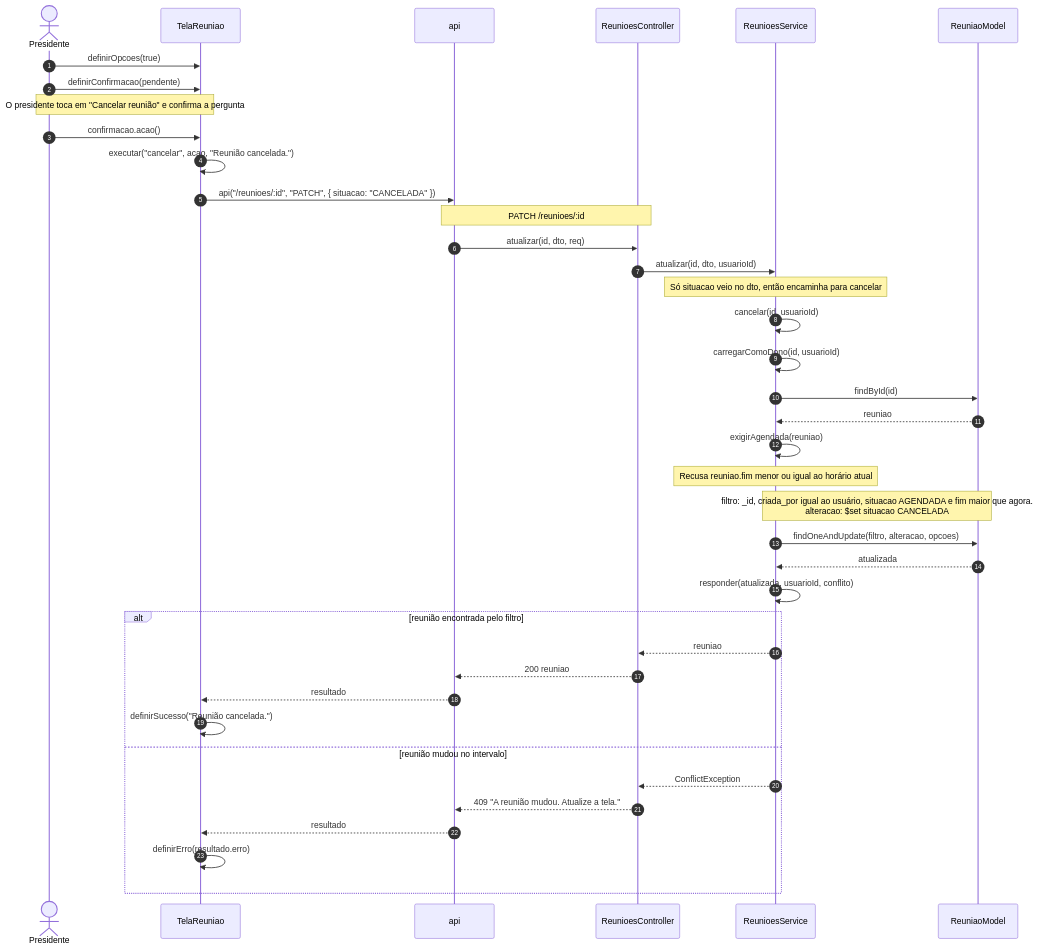
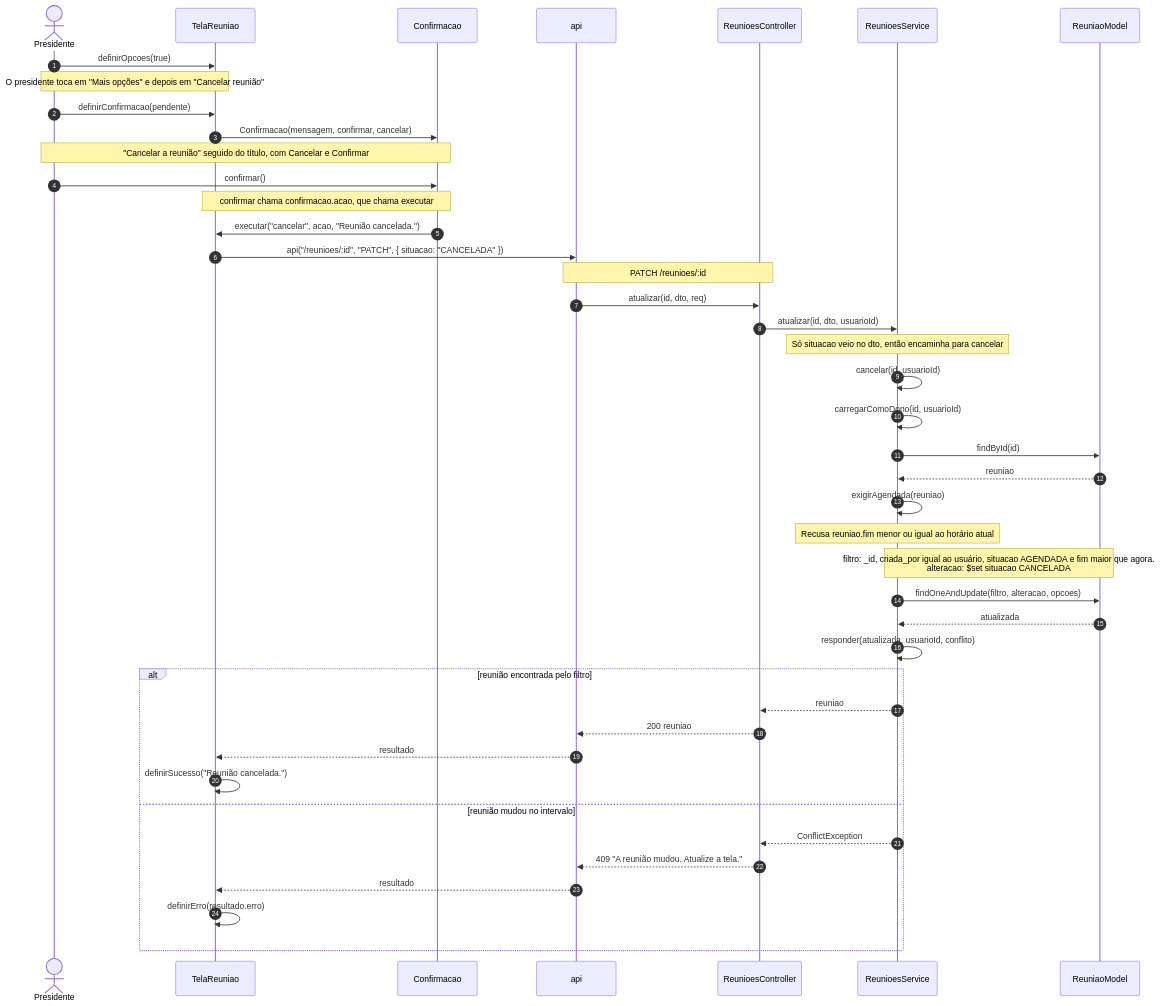
Before and after one commit to Conecta-IFSP/DOCUMENTATION: the fourth of 22 diagrams in 3 - Incremento 2/reunioes/6 - diagramas-sequencia-reunioes.md, drawn with Mermaid. The commit also changed other lines of this file and 97 other files, not shown here.

````diff
--- a/3 - Incremento 2/reunioes/6 - diagramas-sequencia-reunioes.md
+++ b/3 - Incremento 2/reunioes/6 - diagramas-sequencia-reunioes.md
@@ -138,41 +140,45 @@
 ```mermaid
 sequenceDiagram
     autonumber
     actor U as Presidente
     participant T as TelaReuniao
+    participant K as Confirmacao
     participant A as api
     participant C as ReunioesController
     participant S as ReunioesService
     participant M as ReuniaoModel
     U->>T: definirOpcoes(true)
+    Note over U,T: O presidente toca em "Mais opções" e depois em "Cancelar reunião"
     U->>T: definirConfirmacao(pendente)
-    Note over U,T: O presidente toca em "Cancelar reunião" e confirma a pergunta
-    U->>T: confirmacao.acao()
-    T->>T: executar("cancelar", acao, "Reunião cancelada.")
+    T->>K: Confirmacao(mensagem, confirmar, cancelar)
+    Note over U,K: "Cancelar a reunião" seguido do título, com Cancelar e Confirmar
+    U->>K: confirmar()
+    Note over K,T: confirmar chama confirmacao.acao, que chama executar
+    K->>T: executar("cancelar", acao, "Reunião cancelada.")
     T->>A: api("/reunioes/:id", "PATCH", { situacao: "CANCELADA" })
     Note over A,C: PATCH /reunioes/:id
     A->>C: atualizar(id, dto, req)
     C->>S: atualizar(id, dto, usuarioId)
     Note over S: Só situacao veio no dto, então encaminha para cancelar
     S->>S: cancelar(id, usuarioId)
     S->>S: carregarComoDono(id, usuarioId)
     S->>M: findById(id)
     M-->>S: reuniao
     S->>S: exigirAgendada(reuniao)
     Note over S: Recusa reuniao.fim menor ou igual ao horário atual
     Note over S,M: filtro: _id, criada_por igual ao usuário, situacao AGENDADA e fim maior que agora.<br/>alteracao: $set situacao CANCELADA
     S->>M: findOneAndUpdate(filtro, alteracao, opcoes)
     M-->>S: atualizada
     S->>S: responder(atualizada, usuarioId, conflito)
     alt reunião encontrada pelo filtro
         S-->>C: reuniao
         C-->>A: 200 reuniao
         A-->>T: resultado
         T->>T: definirSucesso("Reunião cancelada.")
     else reunião mudou no intervalo
         S-->>C: ConflictException
         C-->>A: 409 "A reunião mudou. Atualize a tela."
         A-->>T: resultado
         T->>T: definirErro(resultado.erro)
     end
 ```
````
